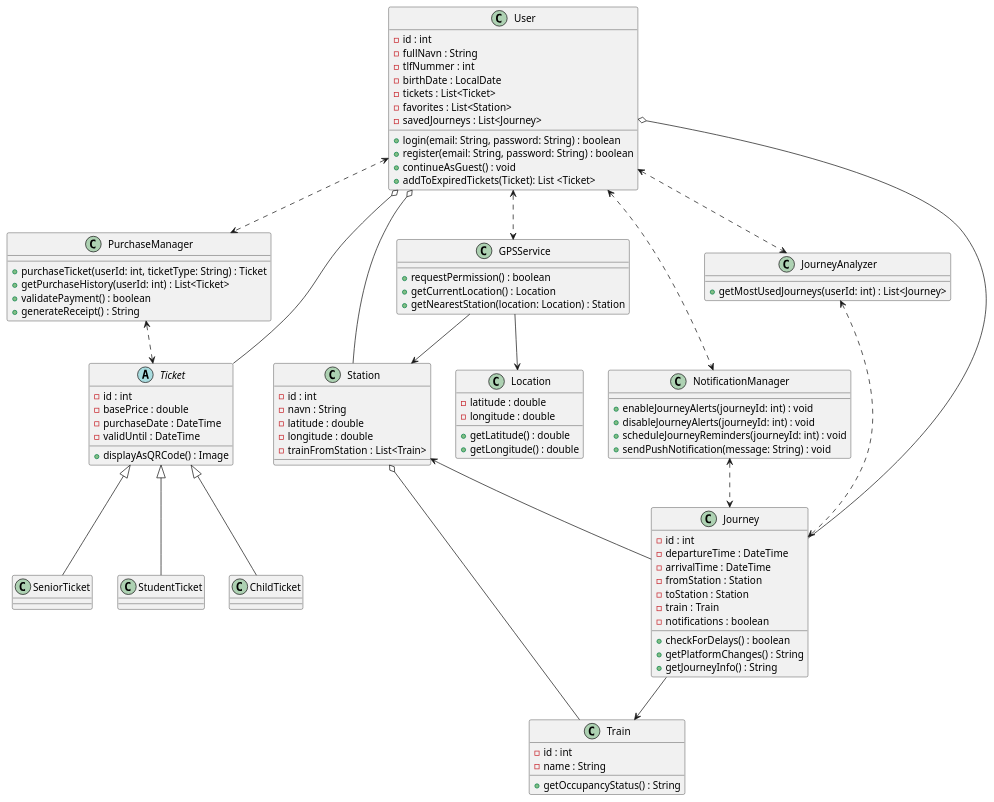
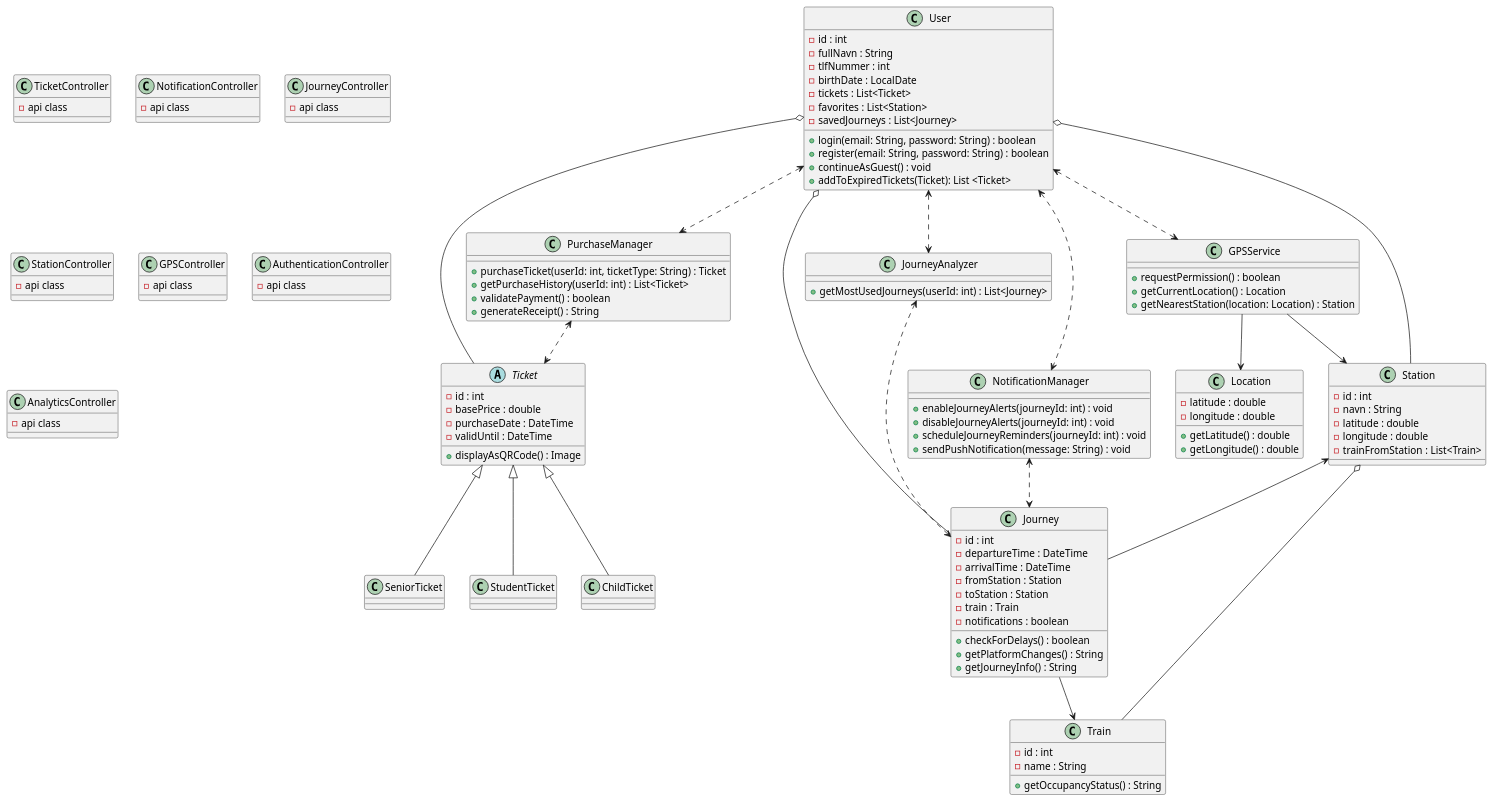
The diagram in classDiagram.puml (WaterIsNecessary/OnTheWay), drawn with PlantUML before and after one commit.

Commit message:
ADDED basic outline of API classes
According to my current understanding - added in a basic outline of API
classes we will later populate with methods etc.

```diff
--- a/classDiagram.puml
+++ b/classDiagram.puml
@@ -1,112 +1,140 @@
 @startuml
 
 abstract class Ticket {
     - id : int
     - basePrice : double
     - purchaseDate : DateTime
     - validUntil : DateTime
 
     + displayAsQRCode() : Image
 
 }
 
 class StudentTicket
 class ChildTicket
 class SeniorTicket
 
 Ticket <|-- StudentTicket
 Ticket <|-- ChildTicket
 Ticket <|-- SeniorTicket
 
 class User {
     - id : int
     - fullNavn : String
     - tlfNummer : int
     - birthDate : LocalDate
     - tickets : List<Ticket>
     - favorites : List<Station>
     - savedJourneys : List<Journey>
     + login(email: String, password: String) : boolean
     + register(email: String, password: String) : boolean
     + continueAsGuest() : void
     + addToExpiredTickets(Ticket): List <Ticket>
 }
 
 class NotificationManager {
     + enableJourneyAlerts(journeyId: int) : void
     + disableJourneyAlerts(journeyId: int) : void
     + scheduleJourneyReminders(journeyId: int) : void
     + sendPushNotification(message: String) : void
 }
 
 class PurchaseManager {
     + purchaseTicket(userId: int, ticketType: String) : Ticket
     + getPurchaseHistory(userId: int) : List<Ticket>
     + validatePayment() : boolean
     + generateReceipt() : String
 }
 
 class JourneyAnalyzer {
     + getMostUsedJourneys(userId: int) : List<Journey>
 }
 
 class GPSService {
     + requestPermission() : boolean
     + getCurrentLocation() : Location
     + getNearestStation(location: Location) : Station
 }
 
 class Location {
     - latitude : double
     - longitude : double
     + getLatitude() : double
     + getLongitude() : double
 }
 
 class Train {
     - id : int
     - name : String
     + getOccupancyStatus() : String
 }
 
 class Station {
     - id : int
     - navn : String
     - latitude : double
     - longitude : double
     - trainFromStation : List<Train>
 }
 
 class Journey {
     - id : int
     - departureTime : DateTime
     - arrivalTime : DateTime
     - fromStation : Station
     - toStation : Station
     - train : Train
     - notifications : boolean
     + checkForDelays() : boolean
     + getPlatformChanges() : String
     + getJourneyInfo() : String
 }
 
+class TicketController {
+    -api class
+}
+
+class NotificationController {
+    -api class
+}
+
+class JourneyController {
+    -api class
+}
+
+class StationController {
+    -api class
+}
+
+class GPSController {
+    -api class
+}
+
+class AuthenticationController {
+    -api class
+}
+
+class AnalyticsController {
+    -api class
+}
+
 User <..> NotificationManager
 User <..> PurchaseManager
 User <..> JourneyAnalyzer
 User <..> GPSService
 
 PurchaseManager <..> Ticket
 NotificationManager <..> Journey
 JourneyAnalyzer <..> Journey
 GPSService --> Station
 GPSService --> Location
 
 User o-- Ticket
 Station o-- Train
 User o-- Station
 Station <-- Journey
 Journey --> Train
 Journey --o User
 
 
 @enduml
```
